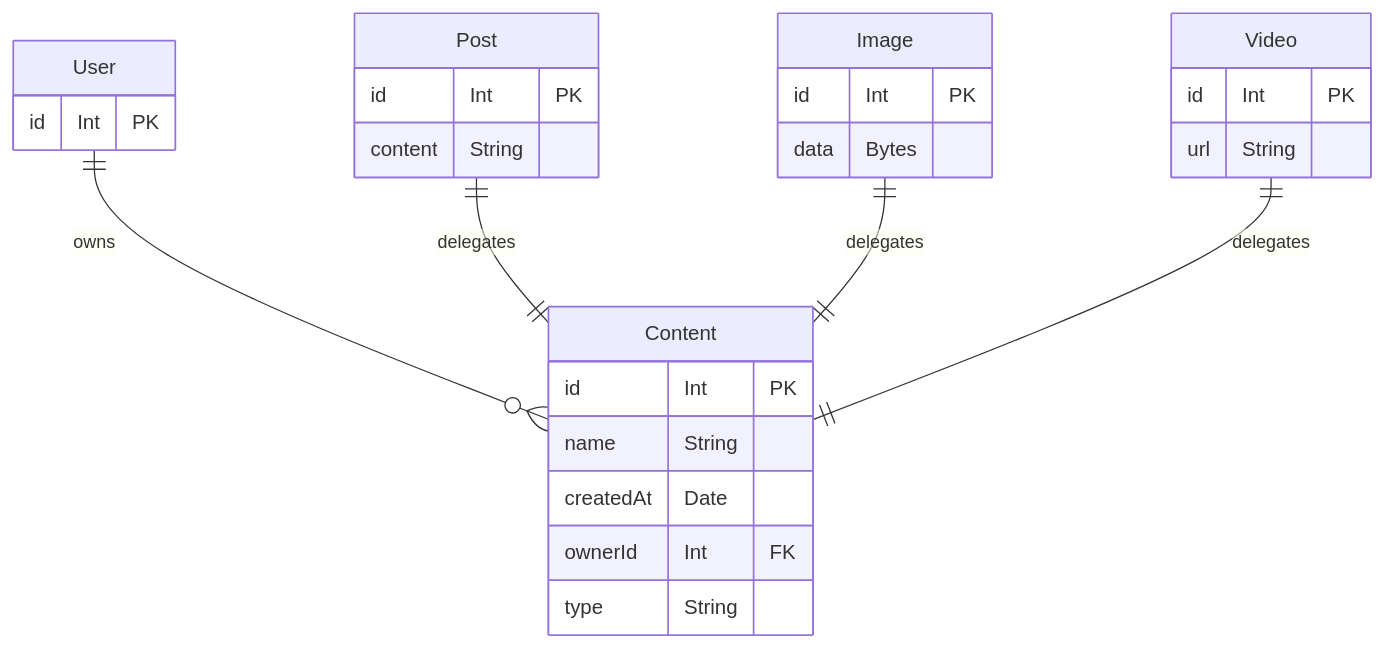
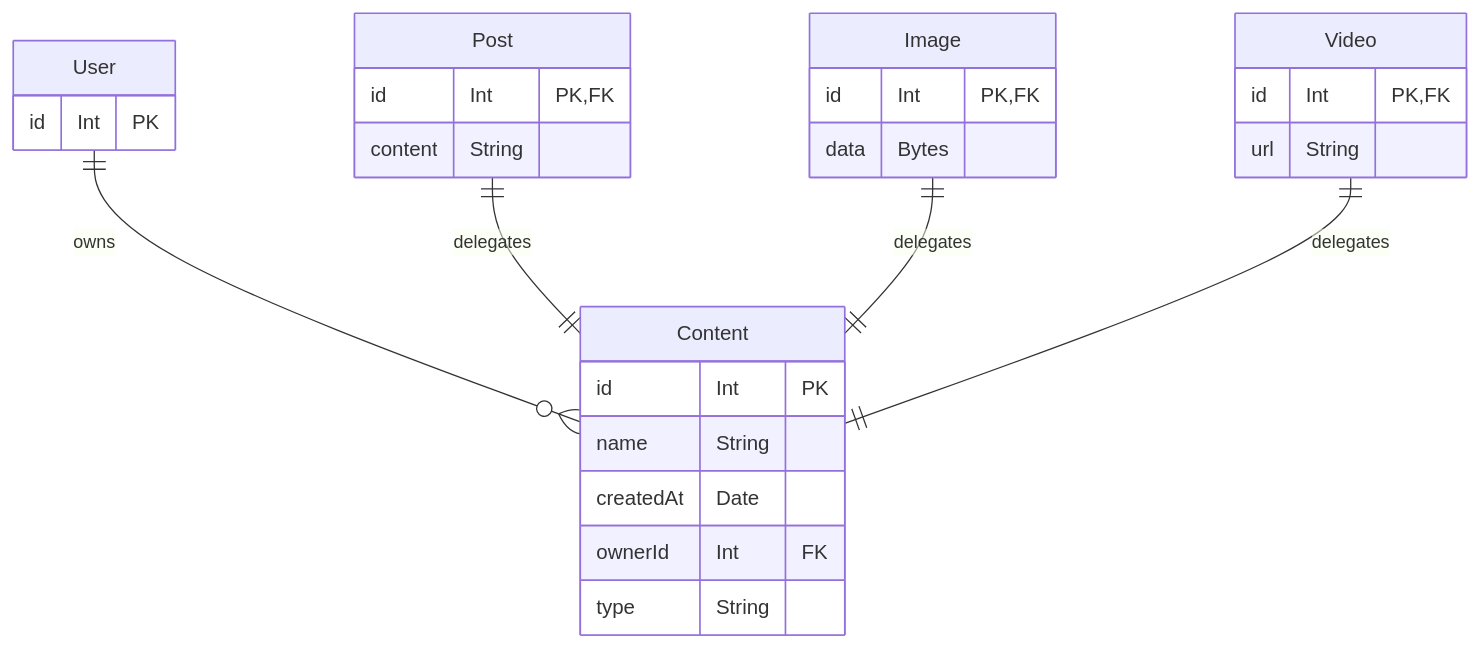
The diagram in versioned_docs/version-3.x/modeling/polymorphism.md (zenstackhq/zenstack-docs), drawn with Mermaid before and after one commit. The commit also changed other lines of this file and 14 other files, not shown here.

````diff
--- a/versioned_docs/version-3.x/modeling/polymorphism.md
+++ b/versioned_docs/version-3.x/modeling/polymorphism.md
@@ -72,29 +72,29 @@
 ```mermaid
 erDiagram
 	User {
         id Int PK
 	}
     Content {
         id Int PK
 		name String
         createdAt Date
         ownerId Int FK
         type String
     }
     User ||--o{ Content: owns
     Post {
-        id Int PK
+        id Int PK,FK
         content String
     }
     Post ||--|| Content: delegates
     Image {
-        id Int PK
+        id Int PK,FK
         data Bytes
     }
     Image ||--|| Content: delegates
     Video {
-        id Int PK
+        id Int PK,FK
         url String
     }
     Video ||--|| Content: delegates
 ```
````
